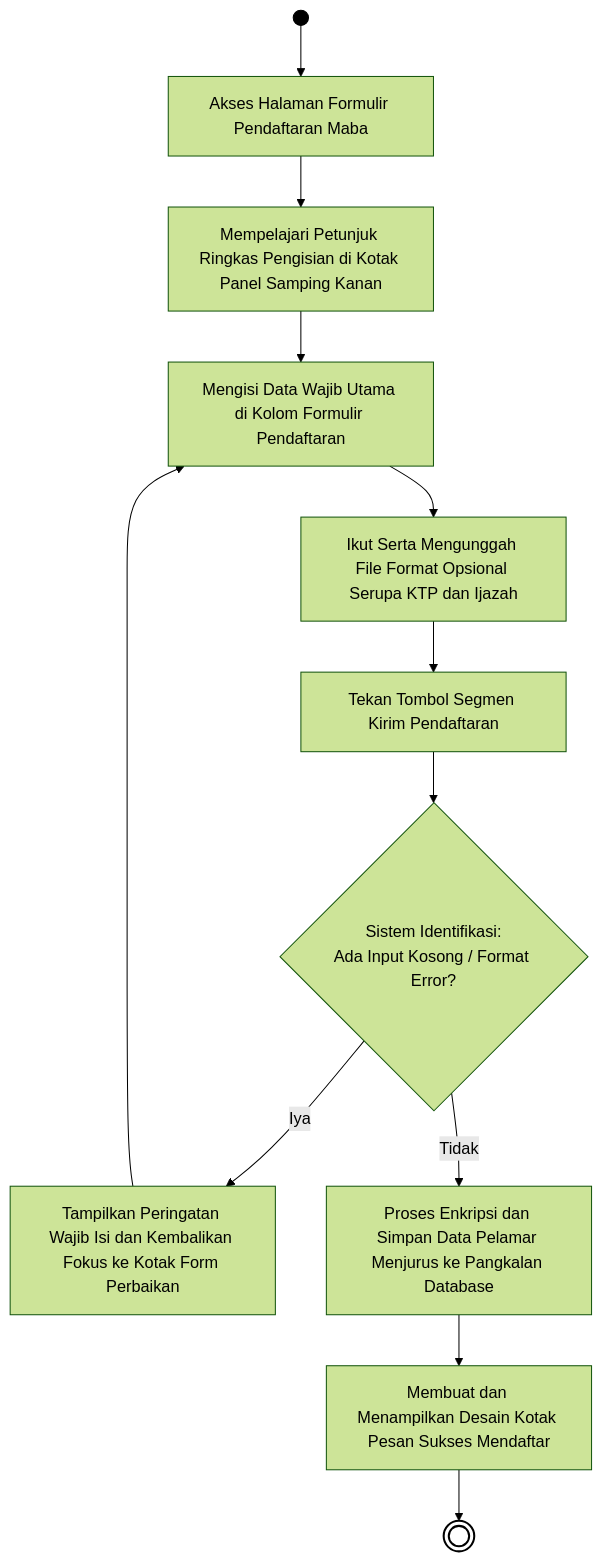
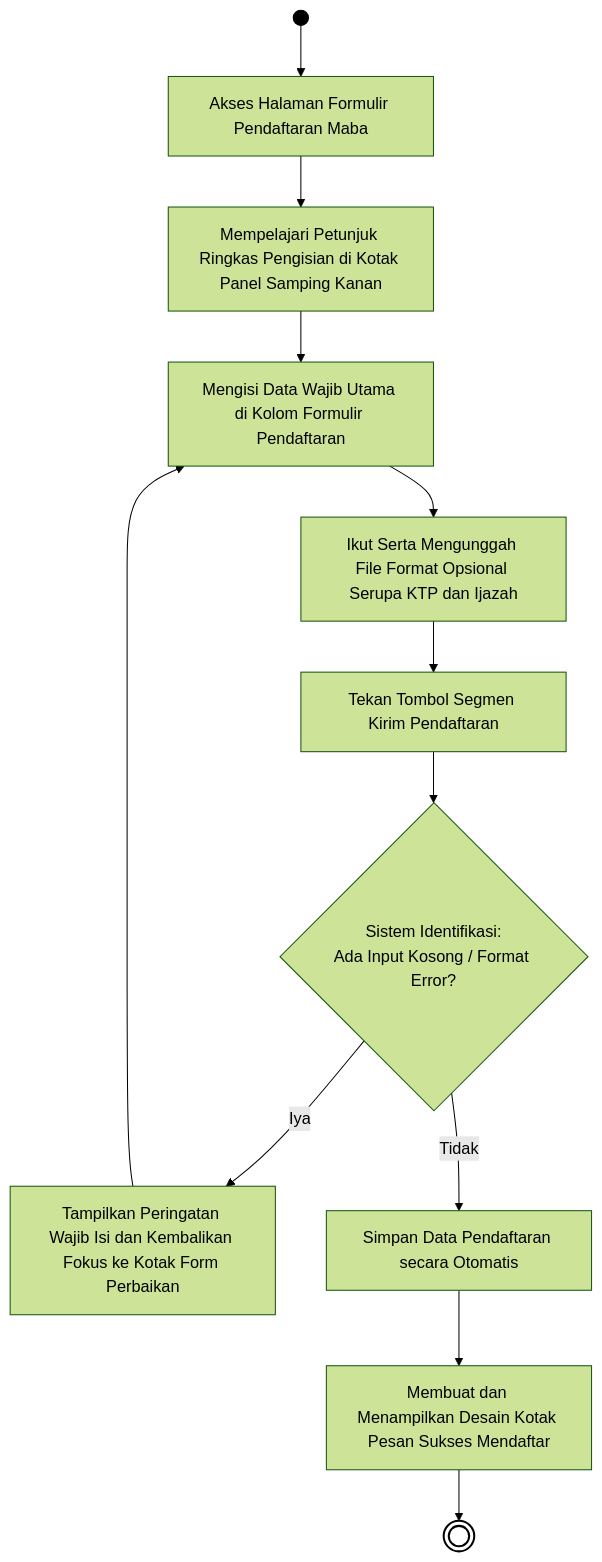
The sixth of 12 diagrams in docs/01B_DIAGRAM_AKTIVITAS_PUBLIK.md (arbain-dev/Web_fikom), drawn with Mermaid (forest theme) before and after one commit. The commit also changed other lines of this file, not shown here.

Commit message:
docs: menyederhanakan bahasa teknis diagram dan menambahkan 6 diagram UX publik tambahan

````diff
--- a/docs/01B_DIAGRAM_AKTIVITAS_PUBLIK.md
+++ b/docs/01B_DIAGRAM_AKTIVITAS_PUBLIK.md
@@ -170,22 +170,22 @@
 ```mermaid
 flowchart TD
     Start(( )) --> A[Akses Halaman Formulir Pendaftaran Maba]
     
     A --> B[Mempelajari Petunjuk Ringkas Pengisian di Kotak Panel Samping Kanan]
     B --> C[Mengisi Data Wajib Utama di Kolom Formulir Pendaftaran]
     C --> D[Ikut Serta Mengunggah File Format Opsional Serupa KTP dan Ijazah]
     
     D --> E[Tekan Tombol Segmen Kirim Pendaftaran]
     
     E --> F{Sistem Identifikasi:\nAda Input Kosong / Format Error?}
     
     F -- Iya --> G[Tampilkan Peringatan Wajib Isi dan Kembalikan Fokus ke Kotak Form Perbaikan]
     G --> C
     
-    F -- Tidak --> H[Proses Enkripsi dan Simpan Data Pelamar Menjurus ke Pangkalan Database]
+    F -- Tidak --> H[Simpan Data Pendaftaran secara Otomatis]
     H --> I[Membuat dan Menampilkan Desain Kotak Pesan Sukses Mendaftar]
     I --> End((( )))
     
     style Start fill:#000,stroke:#000,color:#000
     style End fill:#fff,stroke:#000,stroke-width:2px
 ```
````
